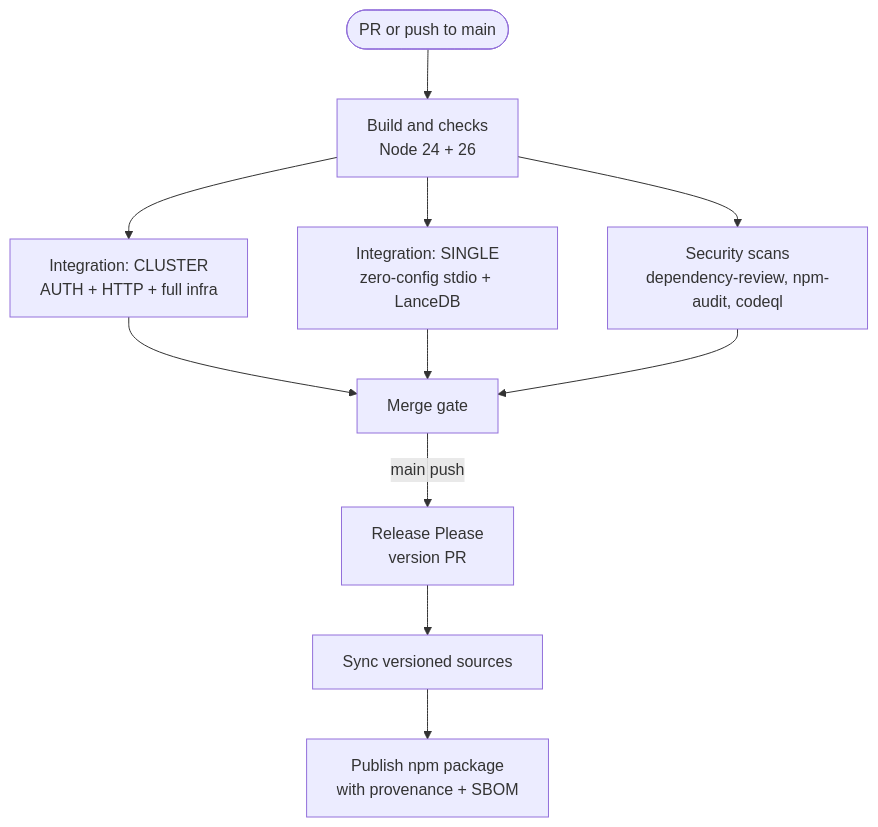
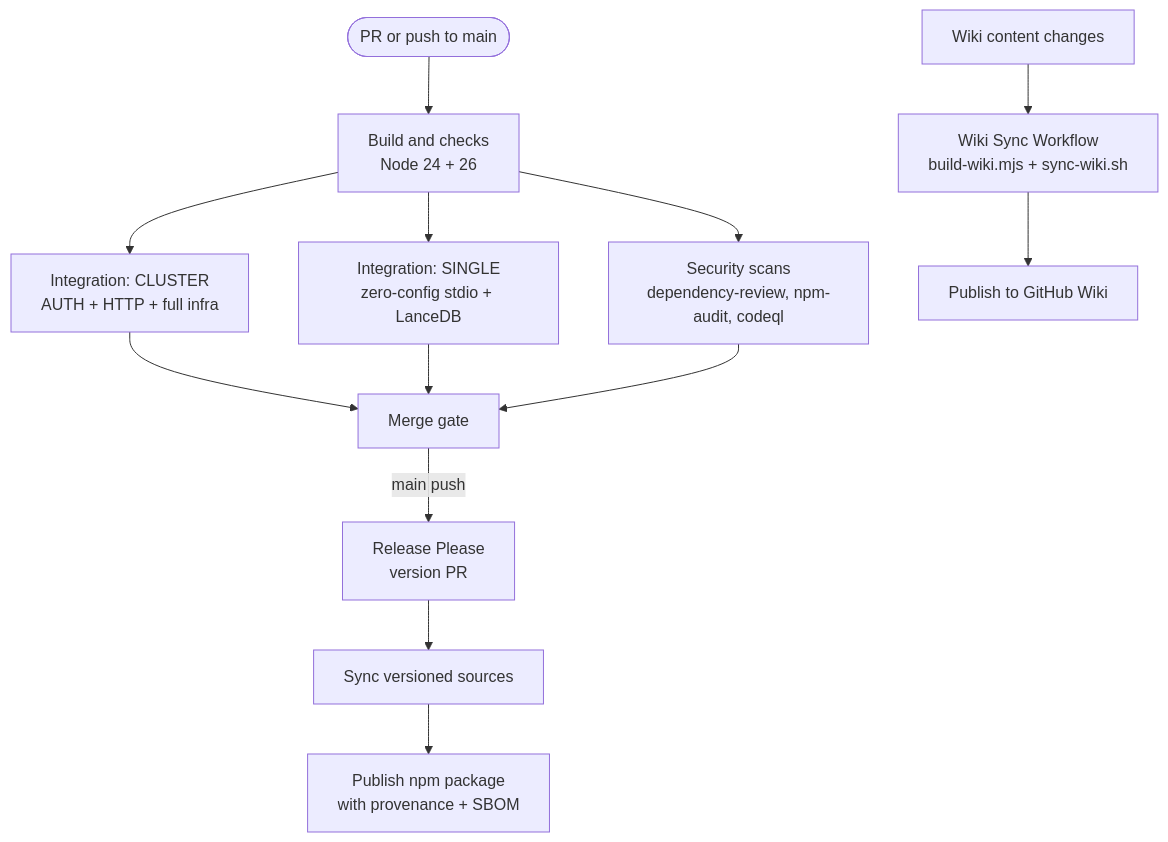
One commit to SquadRules/mcp changed the third of 4 diagrams in .qoder/repowiki/en/content/Development Guide.md. Above: the diagram before and after it, drawn with Mermaid. The commit also changed other lines of this file and 2 other files, not shown here.

Commit message:
docs: regenerate wiki content and knowledge index

````diff
--- a/.qoder/repowiki/en/content/Development Guide.md
+++ b/.qoder/repowiki/en/content/Development Guide.md
@@ -213,13 +248,15 @@
 ```mermaid
 flowchart TD
 Start(["PR or push to main"]) --> Build["Build and checks<br/>Node 24 + 26"]
 Build --> IntCluster["Integration: CLUSTER<br/>AUTH + HTTP + full infra"]
 Build --> IntSingle["Integration: SINGLE<br/>zero-config stdio + LanceDB"]
 Build --> Security["Security scans<br/>dependency-review, npm-audit, codeql"]
+WikiChanges["Wiki content changes"] --> WikiSync["Wiki Sync Workflow<br/>build-wiki.mjs + sync-wiki.sh"]
 IntCluster --> Gate["Merge gate"]
 IntSingle --> Gate
 Security --> Gate
+WikiSync --> WikiPublish["Publish to GitHub Wiki"]
 Gate --> |main push| Release["Release Please<br/>version PR"]
 Release --> Sync["Sync versioned sources"]
 Sync --> Publish["Publish npm package<br/>with provenance + SBOM"]
 ```
````
